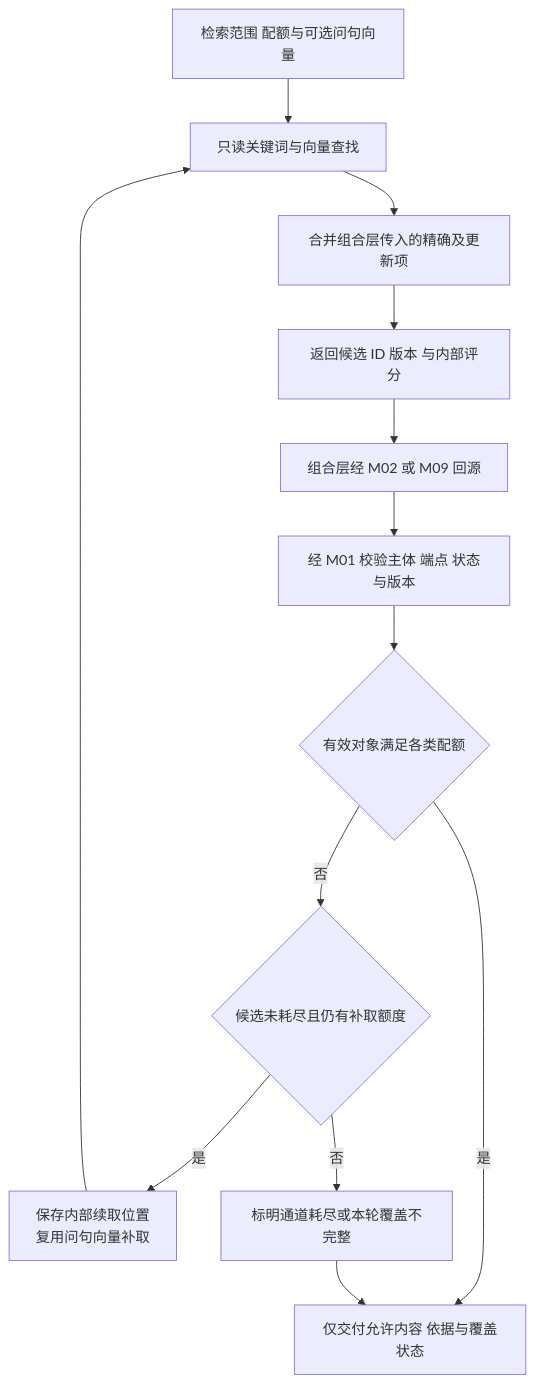
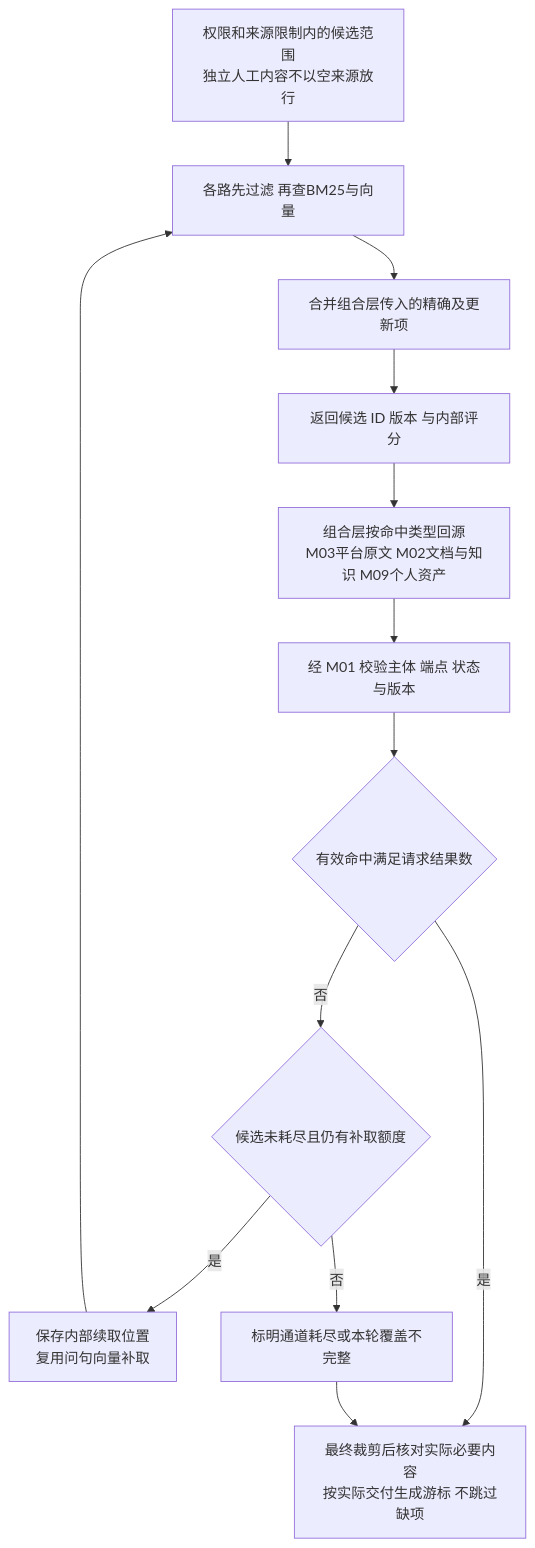
Before and after one commit to yaoziyaoguai/data_agent: the eighth of 11 diagrams in docs/architecture/knowledge-modules.md, drawn with Mermaid. The commit also changed other lines of this file and 55 other files, not shown here.

````diff
--- a/docs/architecture/knowledge-modules.md
+++ b/docs/architecture/knowledge-modules.md
@@ -377,15 +397,15 @@
 ```mermaid
 flowchart TD
-    A[检索范围 配额与可选问句向量] --> B[只读关键词与向量查找]
+    A[权限和来源限制内的候选范围<br/>独立人工内容不以空来源放行] --> B[各路先过滤 再查BM25与向量]
     B --> C[合并组合层传入的精确及更新项]
     C --> D[返回候选 ID 版本 与内部评分]
-    D --> E[组合层经 M02 或 M09 回源]
+    D --> E[组合层按命中类型回源<br/>M03平台原文 M02文档与知识 M09个人资产]
     E --> F[经 M01 校验主体 端点 状态与版本]
-    F --> H{有效对象满足各类配额}
-    H -->|是| G[仅交付允许内容 依据与覆盖状态]
+    F --> H{有效命中满足请求结果数}
+    H -->|是| G[最终裁剪后核对实际必要内容<br/>按实际交付生成游标 不跳过缺项]
     H -->|否| I{候选未耗尽且仍有补取额度}
     I -->|是| J[保存内部续取位置<br/>复用问句向量补取]
     J --> B
     I -->|否| K[标明通道耗尽或本轮覆盖不完整]
     K --> G
 ```
````
